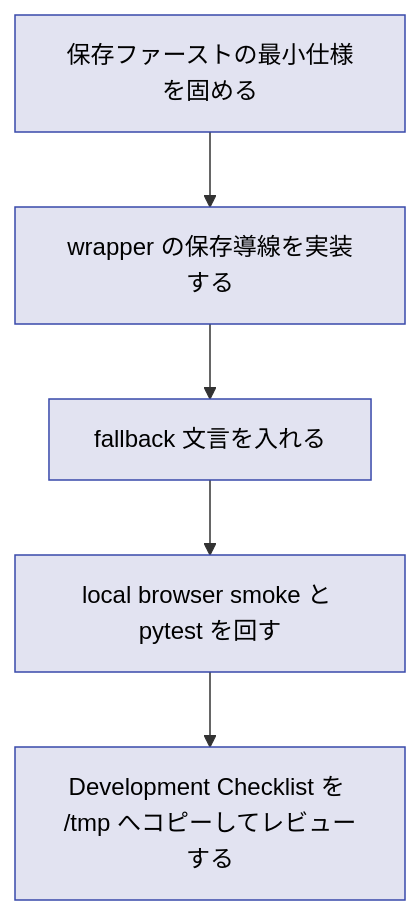
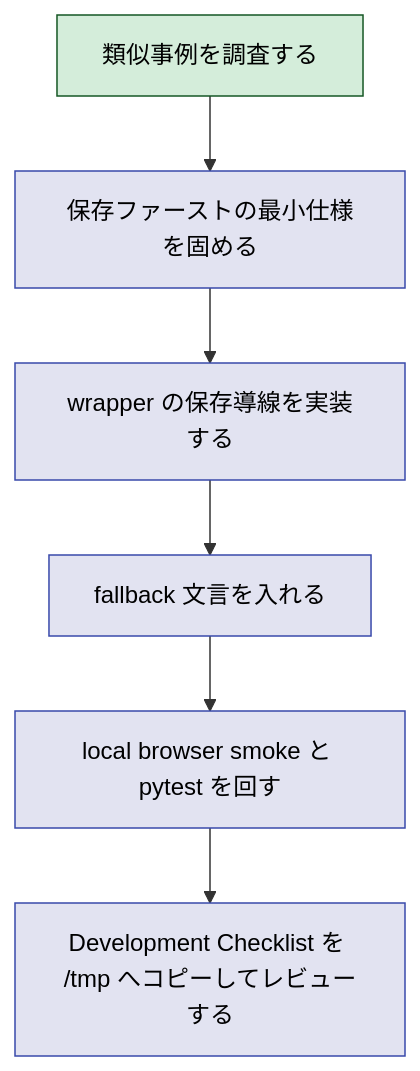
One commit to tatsuro-ueda/code-quest-pyxel changed the second of 2 diagrams in steering/2026年5月26日 共有：Chromebook向けつっこみスクショを保存ファーストで始める.md. Above: the diagram before and after it, drawn with Mermaid. The commit also changed other lines of this file, not shown here.

````diff
--- a/steering/2026年5月26日 共有：Chromebook向けつっこみスクショを保存ファーストで始める.md
+++ b/steering/2026年5月26日 共有：Chromebook向けつっこみスクショを保存ファーストで始める.md
@@ -218,13 +222,15 @@
 ```mermaid
 flowchart TD
-    T1[保存ファーストの最小仕様を固める] --> T2[wrapper の保存導線を実装する]
+    T0[類似事例を調査する] --> T1[保存ファーストの最小仕様を固める]
+    T1 --> T2[wrapper の保存導線を実装する]
     T2 --> T3[fallback 文言を入れる]
     T3 --> T4[local browser smoke と pytest を回す]
     T4 --> T5[Development Checklist を /tmp へコピーしてレビューする]
 
     classDef done fill:#d4edda,stroke:#155724,color:#000000;
     classDef wip fill:#fff3cd,stroke:#856404,color:#000000;
     classDef todo fill:#e2e3f1,stroke:#3949ab,color:#000000;
 
+    class T0 done;
     class T1,T2,T3,T4,T5 todo;
 ```
````
